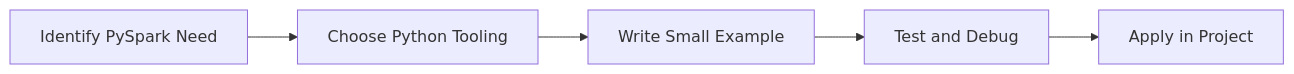
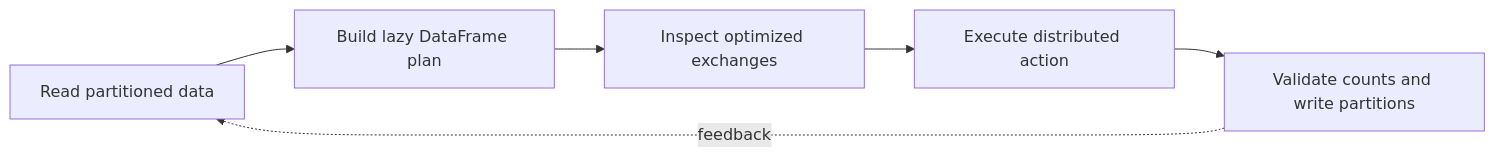
The diagram in Python-Mastery/Advanced/22-pyspark.md (SYMOIZ/E-Learning-Portal), drawn with Mermaid before and after one commit. The commit also changed other lines of this file and 116 other files, not shown here.

````diff
--- a/Python-Mastery/Advanced/22-pyspark.md
+++ b/Python-Mastery/Advanced/22-pyspark.md
@@ -129,7 +159,8 @@
 ```mermaid
 flowchart LR
-    A[Identify PySpark Need] --> B[Choose Python Tooling]
-    B --> C[Write Small Example]
-    C --> D[Test and Debug]
-    D --> E[Apply in Project]
+    A[Read partitioned data] --> B[Build lazy DataFrame plan]
+    B --> C[Inspect optimized exchanges]
+    C --> D[Execute distributed action]
+    D --> E[Validate counts and write partitions]
+    E -. feedback .-> A
 ```
````
